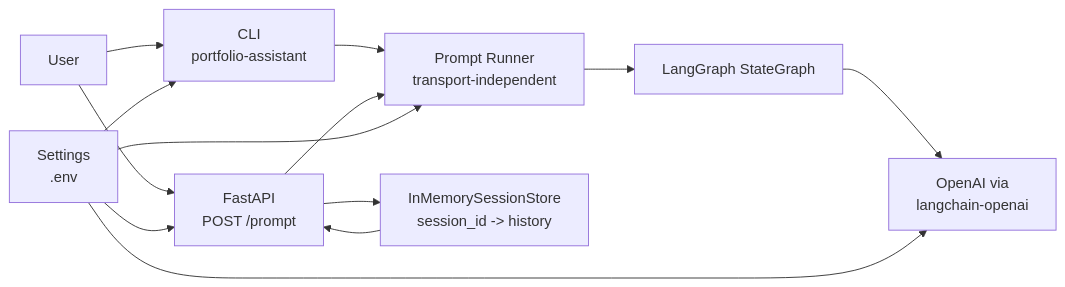
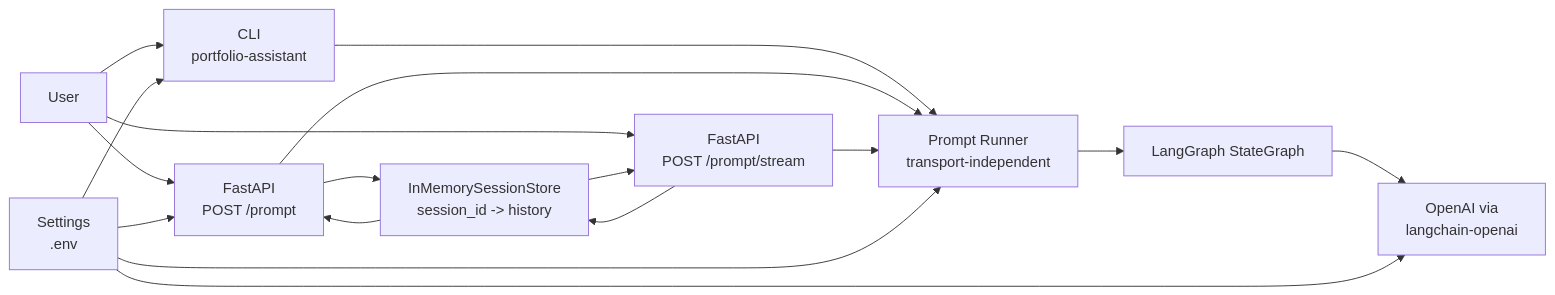
The first of 2 diagrams in LANGGRAPH_ARCHITECTURE.md (yubi00/portfolio-assistant-langgraph), drawn with Mermaid before and after one commit. The commit also changed other lines of this file and 12 other files, not shown here.

````diff
--- a/LANGGRAPH_ARCHITECTURE.md
+++ b/LANGGRAPH_ARCHITECTURE.md
@@ -30,24 +31,29 @@
 ```mermaid
 flowchart LR
     User["User"]
     CLI["CLI\nportfolio-assistant"]
     API["FastAPI\nPOST /prompt"]
+    StreamAPI["FastAPI\nPOST /prompt/stream"]
     Runner["Prompt Runner\ntransport-independent"]
     Graph["LangGraph StateGraph"]
     Sessions["InMemorySessionStore\nsession_id -> history"]
     OpenAI["OpenAI via\nlangchain-openai"]
     Config["Settings\n.env"]
 
     User --> CLI
     User --> API
+    User --> StreamAPI
     CLI --> Runner
     API --> Runner
+    StreamAPI --> Runner
     Runner --> Graph
     API --> Sessions
+    StreamAPI --> Sessions
     Sessions --> API
+    Sessions --> StreamAPI
     Graph --> OpenAI
     Config --> CLI
     Config --> API
     Config --> Runner
     Config --> OpenAI
 ```
````
